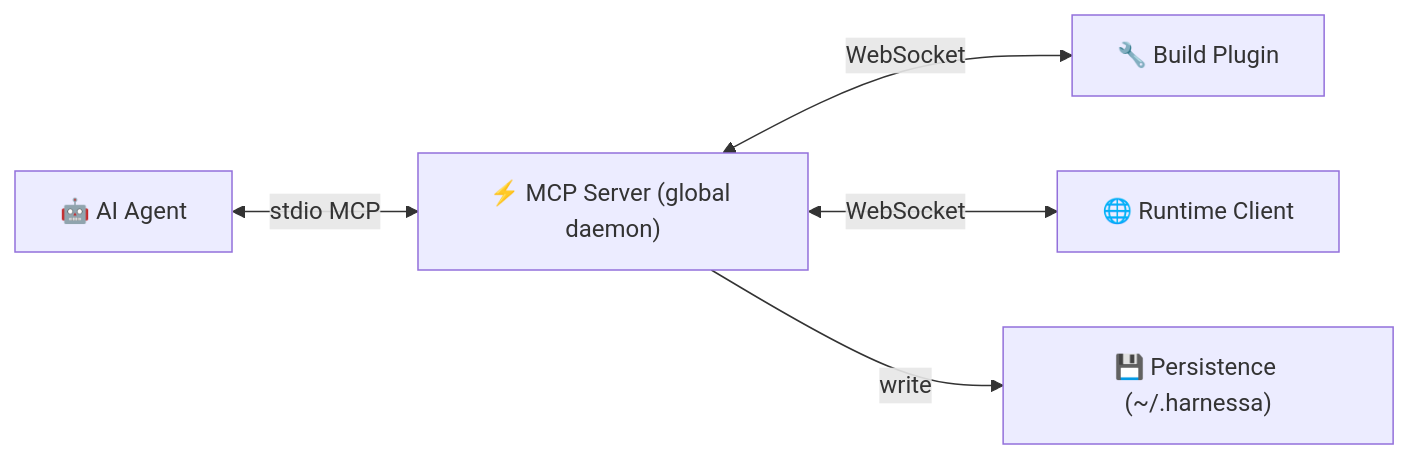
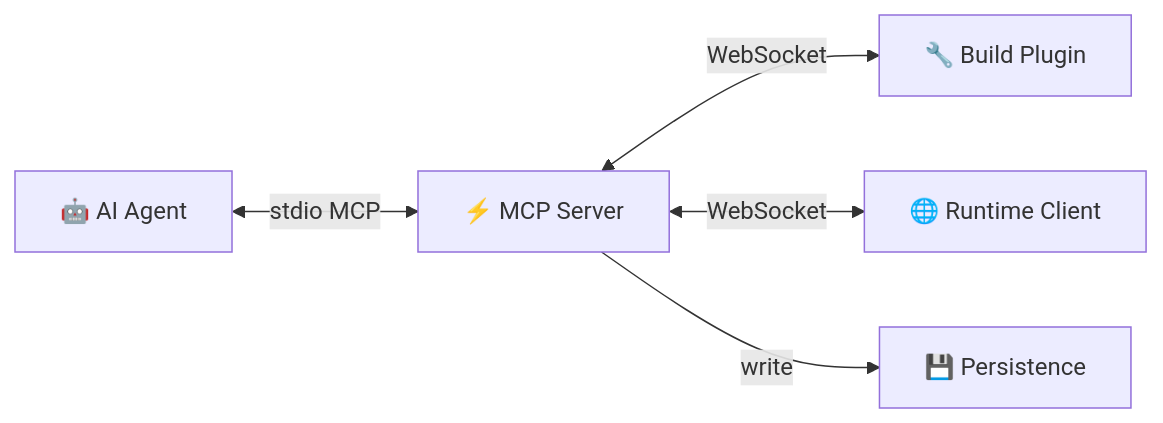
Before and after one commit to Morphicai/harness-fe: the diagram in ARCHITECTURE.md, drawn with Mermaid. The commit also changed other lines of this file, not shown here.

Commit message:
docs: trim ARCHITECTURE.md to layers, responsibilities, and interactions only

````diff
--- a/ARCHITECTURE.md
+++ b/ARCHITECTURE.md
@@ -7,13 +5,13 @@
 ```mermaid
 graph LR
     Agent["🤖 AI Agent"]
-    MCP["⚡ MCP Server (global daemon)"]
+    MCP["⚡ MCP Server"]
     Plugin["🔧 Build Plugin"]
     Runtime["🌐 Runtime Client"]
-    Store["💾 Persistence (~/.harnessa)"]
+    Store["💾 Persistence"]
 
     Agent <-->|stdio MCP| MCP
     MCP <-->|WebSocket| Plugin
     MCP <-->|WebSocket| Runtime
     MCP -->|write| Store
 ```
````
